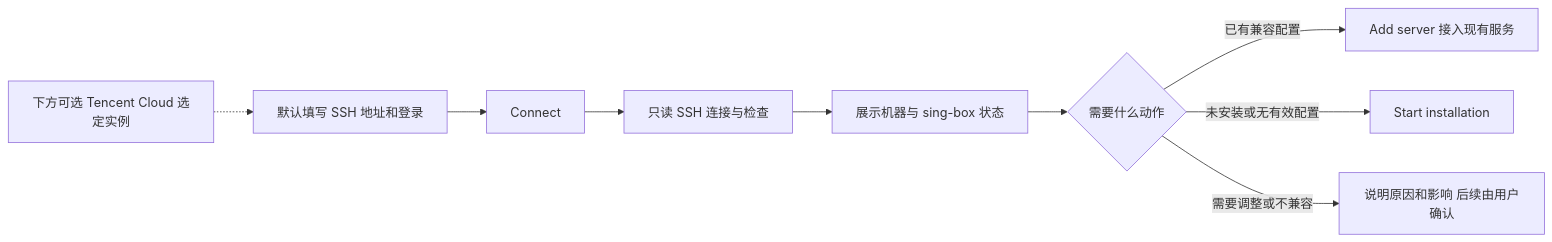
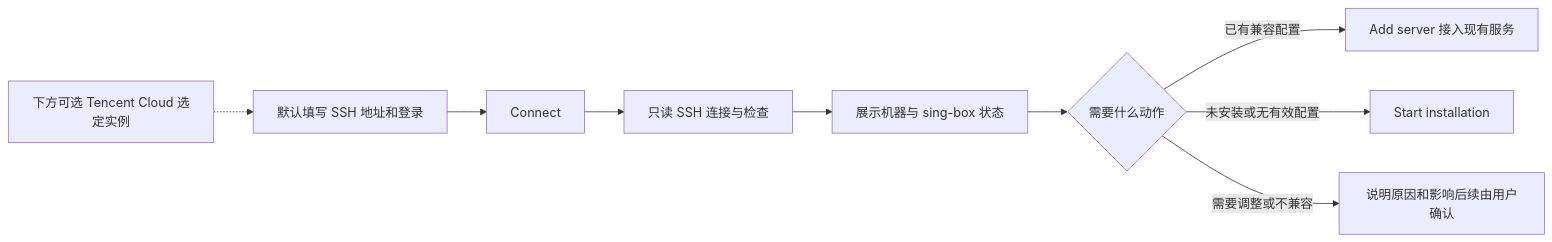
One commit to AdgaiWalker/VPN-OwnLine changed the first of 3 diagrams in docs/设计/客户端Web交互设计规格说明书.md. Above: the diagram before and after it, drawn with Mermaid. The commit also changed other lines of this file and 43 other files, not shown here.

Commit message:
docs: align specs to single-track architecture, RFC 5737 addresses, client matrix, and test metrics

````diff
--- a/docs/设计/客户端Web交互设计规格说明书.md
+++ b/docs/设计/客户端Web交互设计规格说明书.md
@@ -237,11 +320,11 @@
 ```mermaid
 flowchart LR
     A[默认填写 SSH 地址和登录] --> B[Connect]
     T[下方可选 Tencent Cloud 选定实例] -.-> A
     B --> C[只读 SSH 连接与检查]
     C --> D[展示机器与 sing-box 状态]
     D --> E{需要什么动作}
     E -->|已有兼容配置| F[Add server 接入现有服务]
     E -->|未安装或无有效配置| G[Start installation]
-    E -->|需要调整或不兼容| H[说明原因和影响 后续由用户确认]
+    E -->|需要调整或不兼容| H[说明原因和影响后续由用户确认]
 ```
````
